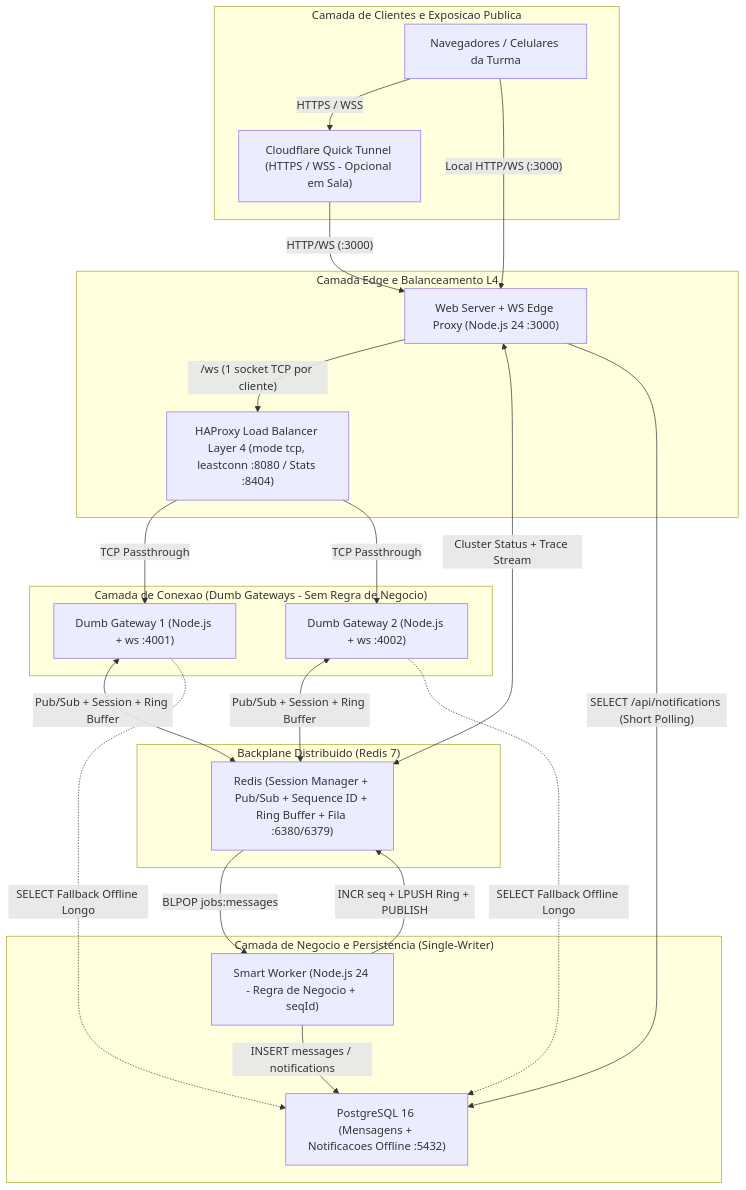
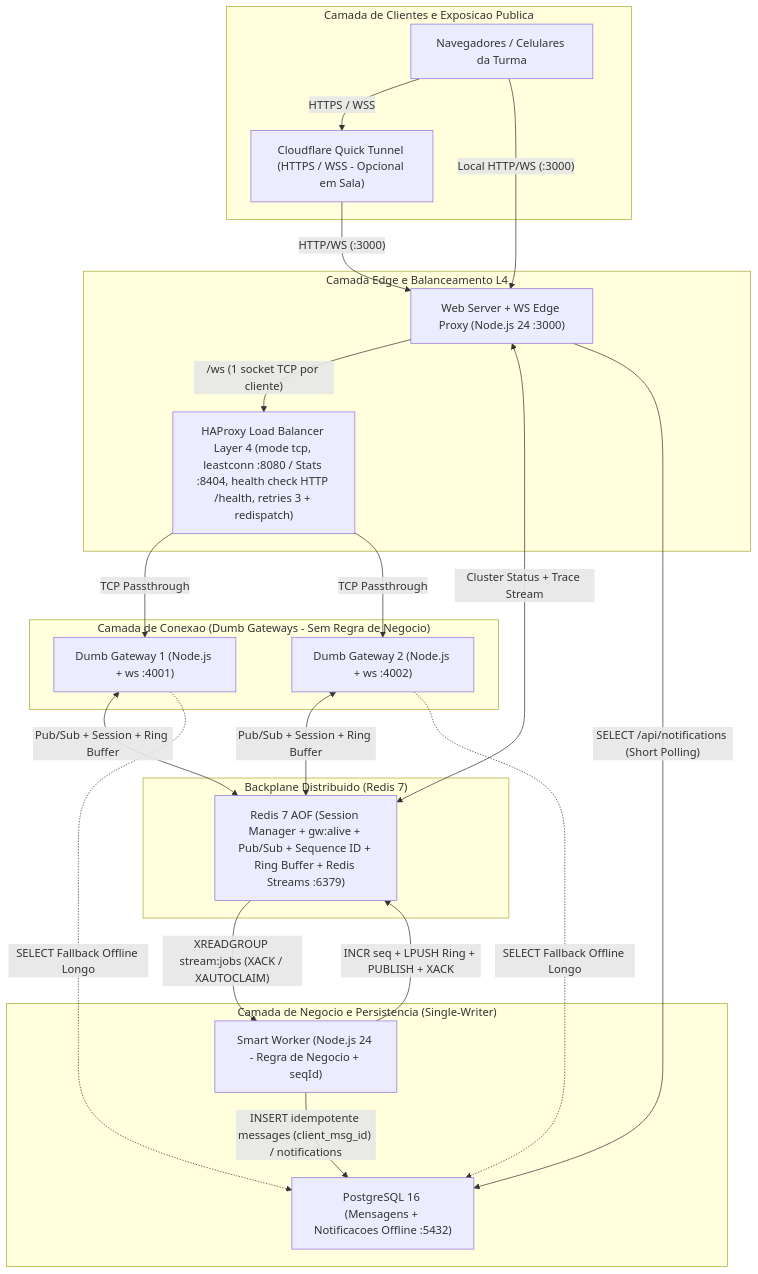
One commit to nathanshigaki/System-Design-Websocket changed the first of 2 diagrams in docs/plano-arquitetura.md. Above: the diagram before and after it, drawn with Mermaid. The commit also changed other lines of this file and 5 other files, not shown here.

Commit message:
docs: update report, architecture plan, diagram, roteiro and README for resilience changes

````diff
--- a/docs/plano-arquitetura.md
+++ b/docs/plano-arquitetura.md
@@ -26,41 +42,41 @@
 ```mermaid
 flowchart TB
     subgraph clients["Camada de Clientes e Exposicao Publica"]
         BRW["Navegadores / Celulares da Turma"]
         CF["Cloudflare Quick Tunnel (HTTPS / WSS - Opcional em Sala)"]
         BRW -->|"HTTPS / WSS"| CF
     end
 
     subgraph edge["Camada Edge e Balanceamento L4"]
         WEB["Web Server + WS Edge Proxy (Node.js 24 :3000)"]
-        LB["HAProxy Load Balancer Layer 4 (mode tcp, leastconn :8080 / Stats :8404)"]
+        LB["HAProxy Load Balancer Layer 4 (mode tcp, leastconn :8080 / Stats :8404, health check HTTP /health, retries 3 + redispatch)"]
         CF -->|"HTTP/WS (:3000)"| WEB
         BRW -->|"Local HTTP/WS (:3000)"| WEB
         WEB -->|"/ws (1 socket TCP por cliente)"| LB
     end
 
     subgraph gateways["Camada de Conexao (Dumb Gateways - Sem Regra de Negocio)"]
         GW1["Dumb Gateway 1 (Node.js + ws :4001)"]
         GW2["Dumb Gateway 2 (Node.js + ws :4002)"]
         LB -->|"TCP Passthrough"| GW1
         LB -->|"TCP Passthrough"| GW2
     end
 
     subgraph backplane["Backplane Distribuido (Redis 7)"]
-        RDS["Redis (Session Manager + Pub/Sub + Sequence ID + Ring Buffer + Fila :6380/6379)"]
+        RDS["Redis 7 AOF (Session Manager + gw:alive + Pub/Sub + Sequence ID + Ring Buffer + Redis Streams :6379)"]
         GW1 <-->|"Pub/Sub + Session + Ring Buffer"| RDS
         GW2 <-->|"Pub/Sub + Session + Ring Buffer"| RDS
         WEB <-->|"Cluster Status + Trace Stream"| RDS
     end
 
     subgraph processing["Camada de Negocio e Persistencia (Single-Writer)"]
         WK["Smart Worker (Node.js 24 - Regra de Negocio + seqId)"]
         PG["PostgreSQL 16 (Mensagens + Notificacoes Offline :5432)"]
-        RDS -->|"BLPOP jobs:messages"| WK
-        WK -->|"INCR seq + LPUSH Ring + PUBLISH"| RDS
-        WK -->|"INSERT messages / notifications"| PG
+        RDS -->|"XREADGROUP stream:jobs (XACK / XAUTOCLAIM)"| WK
+        WK -->|"INCR seq + LPUSH Ring + PUBLISH + XACK"| RDS
+        WK -->|"INSERT idempotente messages (client_msg_id) / notifications"| PG
         WEB -->|"SELECT /api/notifications (Short Polling)"| PG
         GW1 -.->|"SELECT Fallback Offline Longo"| PG
         GW2 -.->|"SELECT Fallback Offline Longo"| PG
     end
 ```
````
